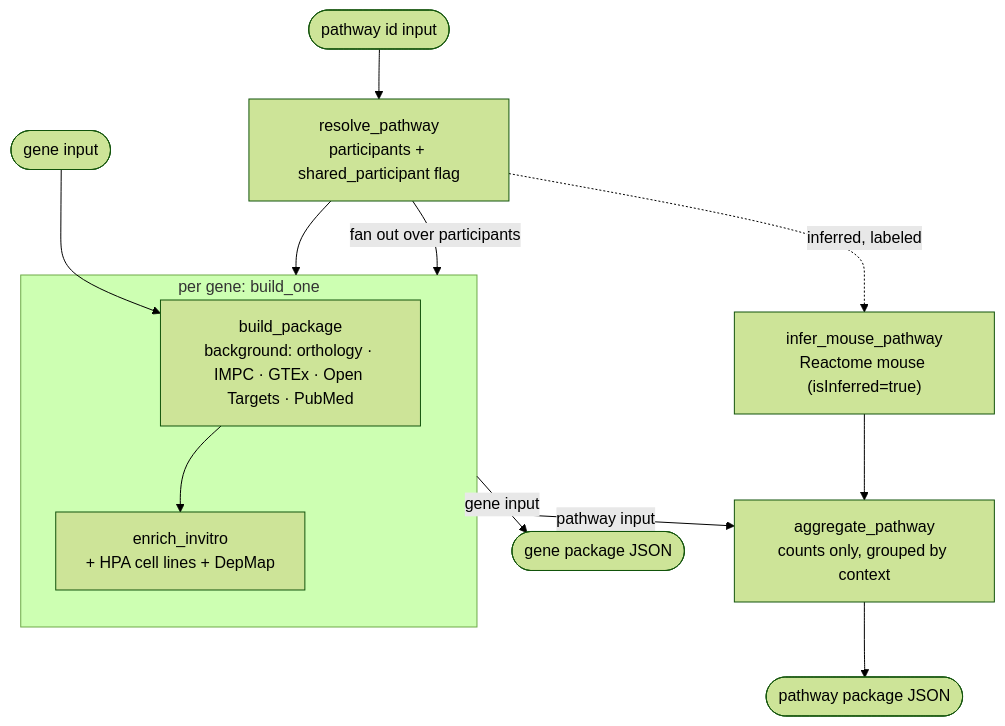
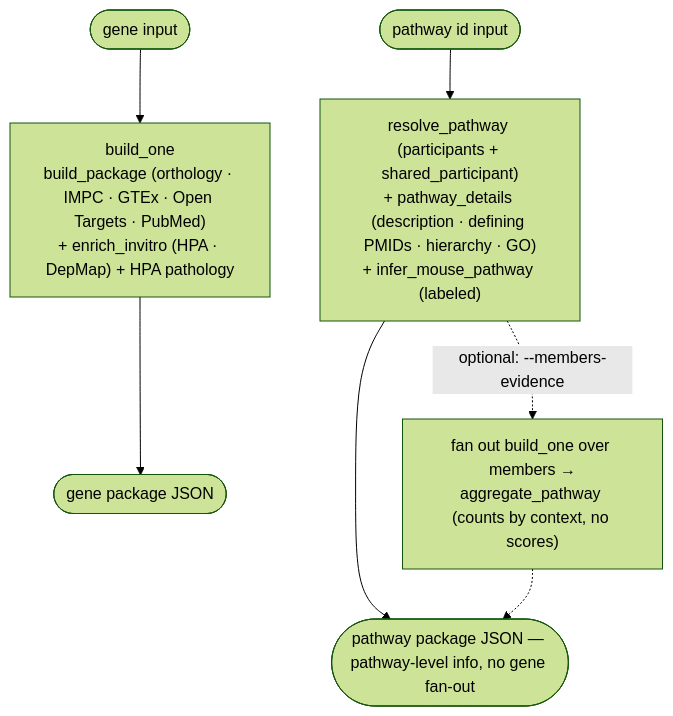
Before and after one commit to minojWittgen/boston-comp-bio-hack: the first of 2 diagrams in data_pipeline/PIPELINE.md, drawn with Mermaid (forest theme). The commit also changed other lines of this file and 1 other file, not shown here.

Commit message:
docs: refresh PIPELINE flow to default-light pathway; de-emphasize members option
Flow diagram now shows the real default: pathway id -> resolve_pathway + pathway_details
(description, defining PMIDs, hierarchy, GO) + mouse inference -> pathway package with NO
gene fan-out; --members-evidence is a dotted optional path. README/PIPELINE tables demote
the member fan-out to a note (kept in code, rarely needed). Provenance/PMID details stay
out of the flow diagram (source-level detail).

````diff
--- a/data_pipeline/PIPELINE.md
+++ b/data_pipeline/PIPELINE.md
@@ -17,18 +19,10 @@
 ```mermaid
 flowchart TD
-    G([gene input]) --> ONE
-    RID([pathway id input]) --> RES["resolve_pathway<br/>participants + shared_participant flag"]
-    RES --> FAN
+    G([gene input]) --> ONE["build_one<br/>build_package (orthology · IMPC · GTEx · Open Targets · PubMed)<br/>+ enrich_invitro (HPA · DepMap) + HPA pathology"]
+    ONE --> GPKG([gene package JSON])
 
-    subgraph FAN ["per gene: build_one"]
-        ONE["build_package<br/>background: orthology · IMPC · GTEx · Open Targets · PubMed"]
-        ONE --> IV["enrich_invitro<br/>+ HPA cell lines + DepMap"]
-    end
-
-    RES -->|fan out over participants| FAN
-    FAN -->|gene input| GPKG([gene package JSON])
-    FAN -->|pathway input| AGG["aggregate_pathway<br/>counts only, grouped by context"]
-    RES -.->|inferred, labeled| MOUSE["infer_mouse_pathway<br/>Reactome mouse (isInferred=true)"]
-    MOUSE --> AGG
-    AGG --> PPKG([pathway package JSON])
+    RID([pathway id input]) --> PW["resolve_pathway (participants + shared_participant)<br/>+ pathway_details (description · defining PMIDs · hierarchy · GO)<br/>+ infer_mouse_pathway (labeled)"]
+    PW --> PPKG([pathway package JSON — pathway-level info, no gene fan-out])
+    PW -.->|optional: --members-evidence| FAN["fan out build_one over members →<br/>aggregate_pathway (counts by context, no scores)"]
+    FAN -.-> PPKG
 ```
````
